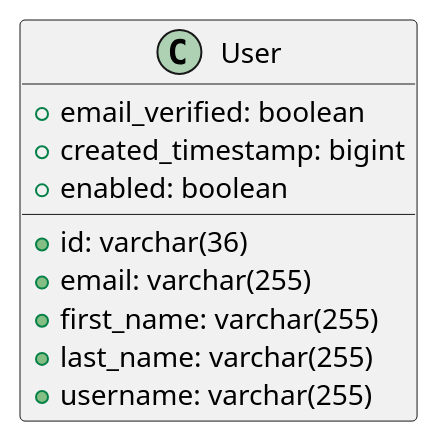
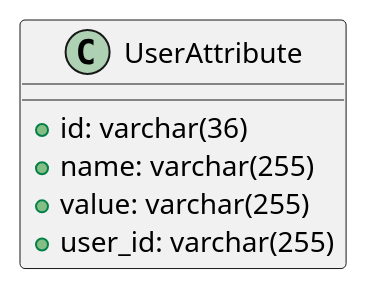
The diagram in entities.puml (Jeff-Tian/uni-sso), drawn with PlantUML before and after one commit. The commit also changed 15 other files, not shown here.

```diff
--- a/entities.puml
+++ b/entities.puml
@@ -1,12 +1,8 @@
 @startuml
-class User {
+class UserAttribute {
     +id: varchar(36)
-    +email: varchar(255)
-    +email_verified: boolean
-    +first_name: varchar(255)
-    +last_name: varchar(255)
-    +username: varchar(255)
-    +created_timestamp: bigint
-    +enabled: boolean
+    +name: varchar(255)
+    +value: varchar(255)
+    +user_id: varchar(255)
 }
 @enduml
```
